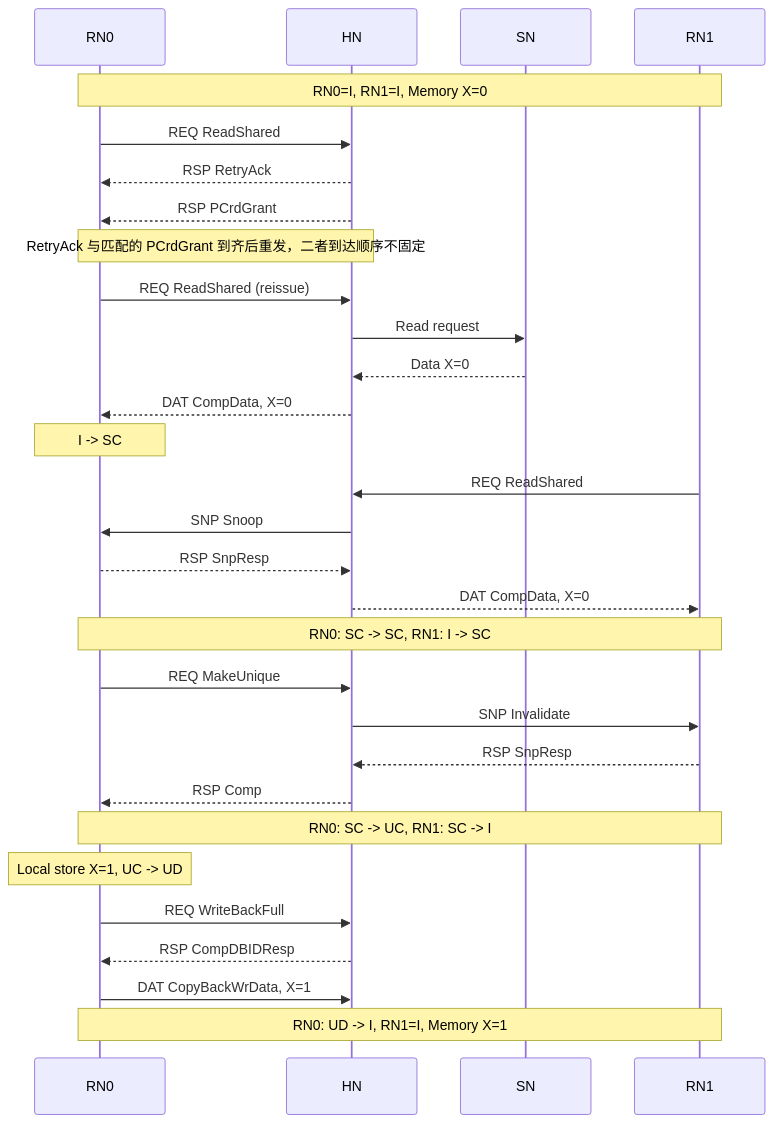
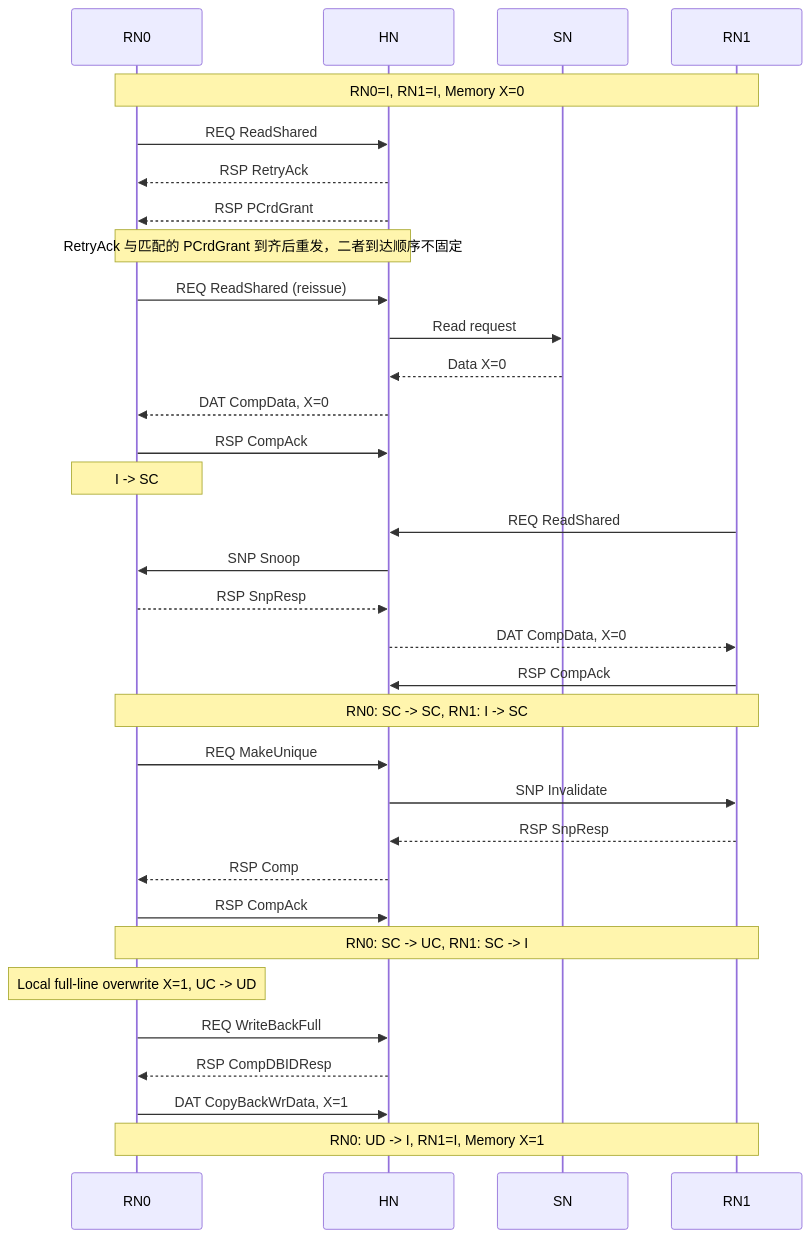
Before and after one commit to OpenXiangShan/XiangShanLab: the diagram in xiangshan-course/docs/7-xiangshan-NoC/NoC-Protocol/CHI-Transaction.md, drawn with Mermaid. The commit also changed other lines of this file, not shown here.

````diff
--- a/xiangshan-course/docs/7-xiangshan-NoC/NoC-Protocol/CHI-Transaction.md
+++ b/xiangshan-course/docs/7-xiangshan-NoC/NoC-Protocol/CHI-Transaction.md
@@ -299,39 +322,42 @@
 ```mermaid
 sequenceDiagram
     participant RN0
     participant HN
     participant SN
     participant RN1
 
     Note over RN0,RN1: RN0=I, RN1=I, Memory X=0
 
     RN0->>HN: REQ ReadShared
     HN-->>RN0: RSP RetryAck
     HN-->>RN0: RSP PCrdGrant
     Note over RN0,HN: RetryAck 与匹配的 PCrdGrant 到齐后重发，二者到达顺序不固定
 
     RN0->>HN: REQ ReadShared (reissue)
     HN->>SN: Read request
     SN-->>HN: Data X=0
     HN-->>RN0: DAT CompData, X=0
+    RN0->>HN: RSP CompAck
     Note over RN0: I -> SC
 
     RN1->>HN: REQ ReadShared
     HN->>RN0: SNP Snoop
     RN0-->>HN: RSP SnpResp
     HN-->>RN1: DAT CompData, X=0
+    RN1->>HN: RSP CompAck
     Note over RN0,RN1: RN0: SC -> SC, RN1: I -> SC
 
     RN0->>HN: REQ MakeUnique
     HN->>RN1: SNP Invalidate
     RN1-->>HN: RSP SnpResp
     HN-->>RN0: RSP Comp
+    RN0->>HN: RSP CompAck
     Note over RN0,RN1: RN0: SC -> UC, RN1: SC -> I
 
-    Note over RN0: Local store X=1, UC -> UD
+    Note over RN0: Local full-line overwrite X=1, UC -> UD
 
     RN0->>HN: REQ WriteBackFull
     HN-->>RN0: RSP CompDBIDResp
     RN0->>HN: DAT CopyBackWrData, X=1
     Note over RN0,RN1: RN0: UD -> I, RN1=I, Memory X=1
 ```
````
